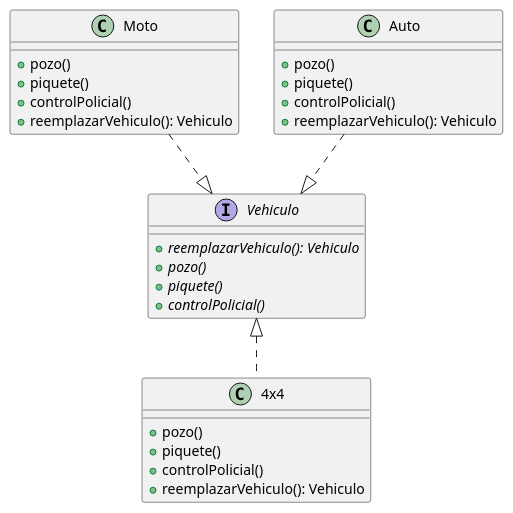
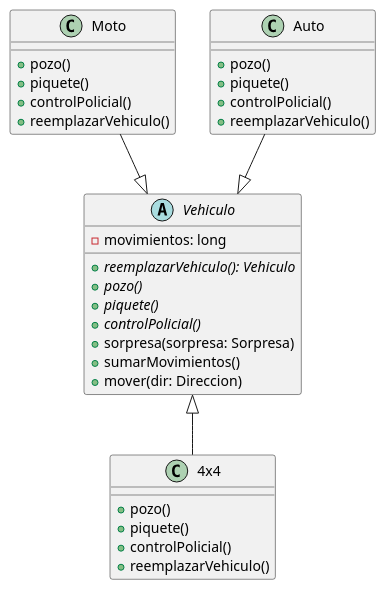
One commit to tomasayala/algo3_tp2_1C2022 changed the third of 4 diagrams in diagrams/classes/modelo/modelo.plantuml. Above: the diagram before and after it, drawn with PlantUML. The commit also changed other lines of this file and 5 other files, not shown here.

Commit message:
Reemplazo de modelo viejo a nuevo en diagramas

```diff
--- a/diagrams/classes/modelo/modelo.plantuml
+++ b/diagrams/classes/modelo/modelo.plantuml
@@ -127,35 +110,40 @@
 @startuml interface-vehiculo
 
-interface Vehiculo {
+abstract Vehiculo {
+    - movimientos: long
+
     + {abstract} reemplazarVehiculo(): Vehiculo
     + {abstract} pozo()
     + {abstract} piquete()
     + {abstract} controlPolicial()
+    + sorpresa(sorpresa: Sorpresa)
+    + sumarMovimientos()
+    + mover(dir: Direccion)
 }
 
 class 4x4 { 
     + pozo()
     + piquete()
     + controlPolicial()
-    + reemplazarVehiculo(): Vehiculo
+    + reemplazarVehiculo()
 }
 
 class Moto {
     + pozo()
     + piquete()
     + controlPolicial()
-    + reemplazarVehiculo(): Vehiculo
+    + reemplazarVehiculo()
 }
 
 class Auto {
     + pozo()
     + piquete()
     + controlPolicial()
-    + reemplazarVehiculo(): Vehiculo
+    + reemplazarVehiculo()
 }
 
-4x4 .up.|> Vehiculo
-Auto ..|> Vehiculo
-Moto ..|> Vehiculo
+4x4 -up-|> Vehiculo
+Auto --|> Vehiculo
+Moto --|> Vehiculo
 
 @enduml
```
